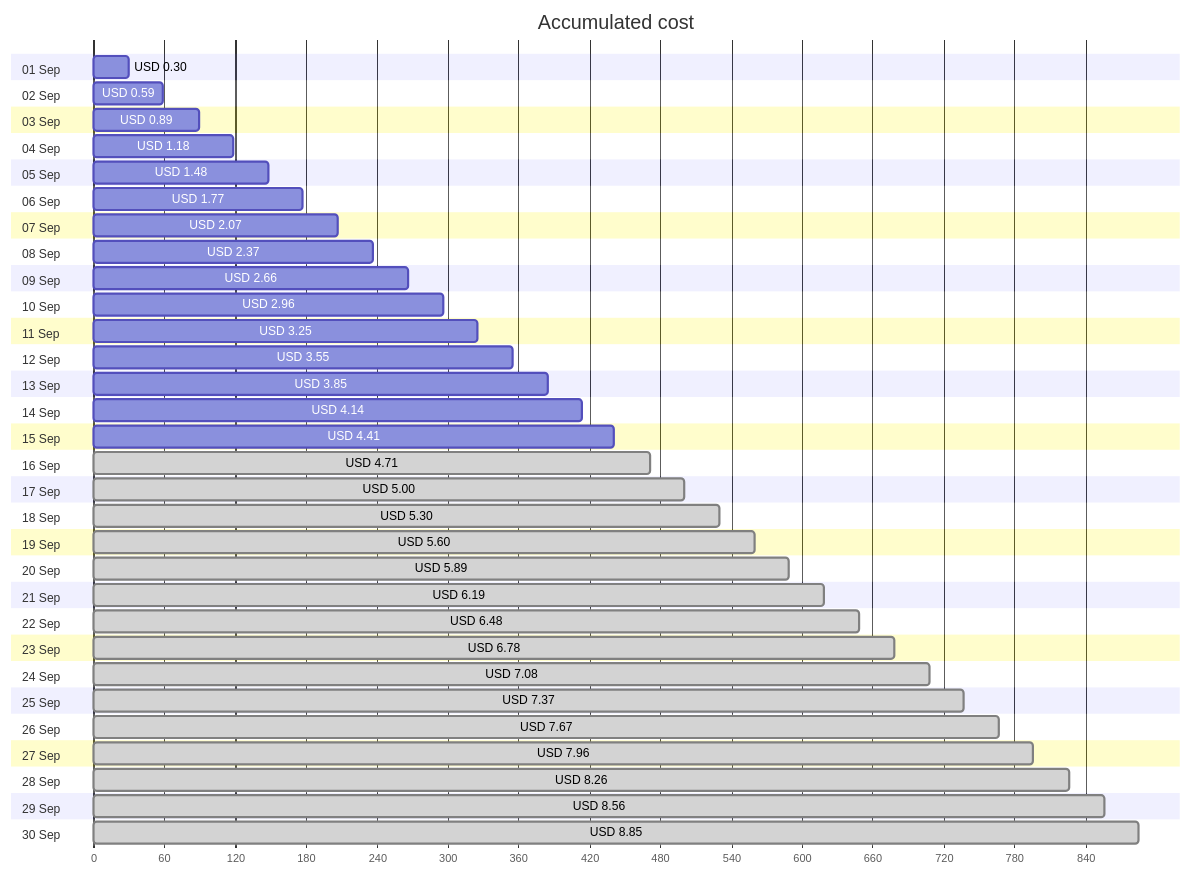
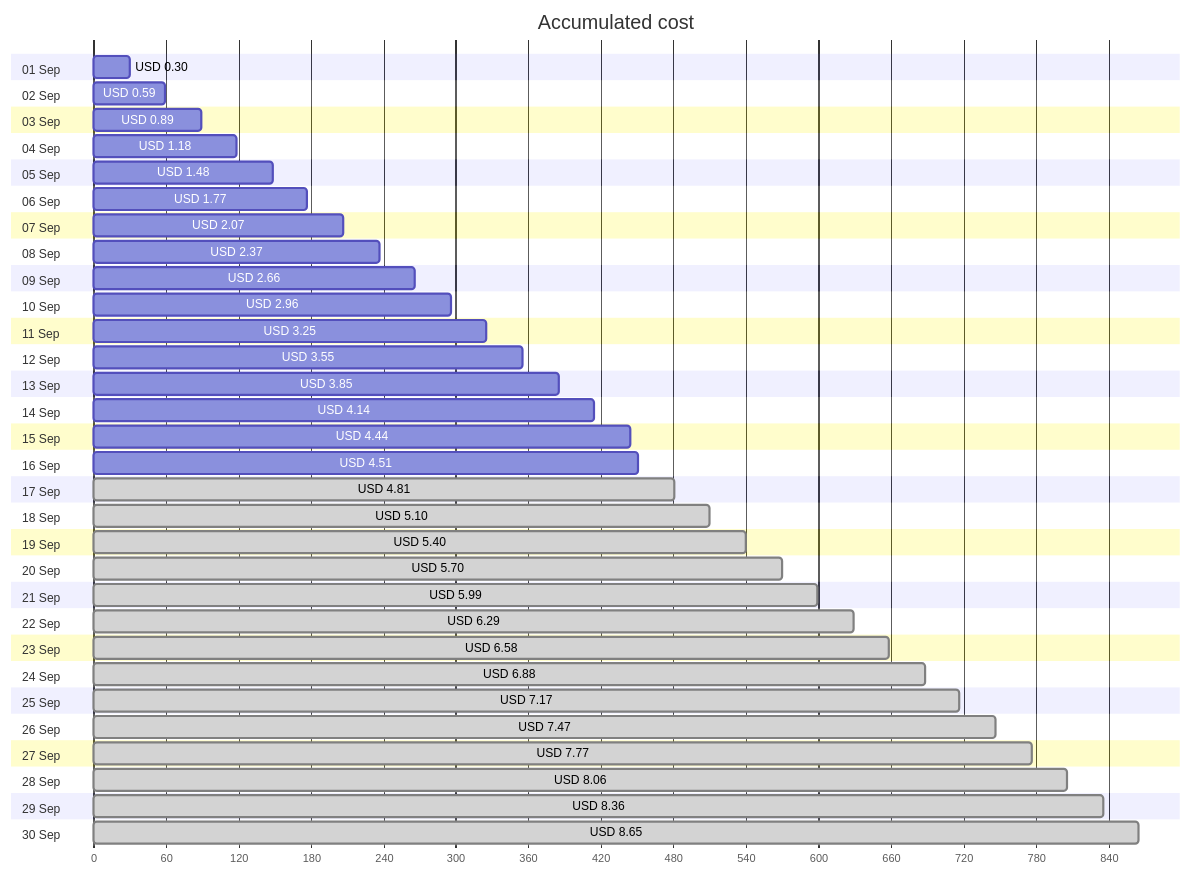
Before and after one commit to jpfulton/azure-personal-reports: the first of 4 diagrams in cost-reports/personal-site/personal-site-preview.md, drawn with Mermaid. The commit also changed other lines of this file and 6 other files, not shown here.

````diff
--- a/cost-reports/personal-site/personal-site-preview.md
+++ b/cost-reports/personal-site/personal-site-preview.md
@@ -20,66 +20,66 @@
 ```mermaid
 gantt
    title Accumulated cost
    dateFormat  X
    axisFormat %s
    section 01 Sep
    USD 0.30 :0, 30
    section 02 Sep
    USD 0.59 :0, 59
    section 03 Sep
    USD 0.89 :0, 89
    section 04 Sep
    USD 1.18 :0, 118
    section 05 Sep
    USD 1.48 :0, 148
    section 06 Sep
    USD 1.77 :0, 177
    section 07 Sep
    USD 2.07 :0, 207
    section 08 Sep
    USD 2.37 :0, 237
    section 09 Sep
    USD 2.66 :0, 266
    section 10 Sep
    USD 2.96 :0, 296
    section 11 Sep
    USD 3.25 :0, 325
    section 12 Sep
    USD 3.55 :0, 355
    section 13 Sep
    USD 3.85 :0, 385
    section 14 Sep
    USD 4.14 :0, 414
    section 15 Sep
-   USD 4.41 :0, 441
+   USD 4.44 :0, 444
    section 16 Sep
-   USD 4.71 : done, 0, 471
+   USD 4.51 :0, 451
    section 17 Sep
-   USD 5.00 : done, 0, 500
+   USD 4.81 : done, 0, 481
    section 18 Sep
-   USD 5.30 : done, 0, 530
+   USD 5.10 : done, 0, 510
    section 19 Sep
-   USD 5.60 : done, 0, 560
+   USD 5.40 : done, 0, 540
    section 20 Sep
-   USD 5.89 : done, 0, 589
+   USD 5.70 : done, 0, 570
    section 21 Sep
-   USD 6.19 : done, 0, 619
+   USD 5.99 : done, 0, 599
    section 22 Sep
-   USD 6.48 : done, 0, 648
+   USD 6.29 : done, 0, 629
    section 23 Sep
-   USD 6.78 : done, 0, 678
+   USD 6.58 : done, 0, 658
    section 24 Sep
-   USD 7.08 : done, 0, 708
+   USD 6.88 : done, 0, 688
    section 25 Sep
-   USD 7.37 : done, 0, 737
+   USD 7.17 : done, 0, 717
    section 26 Sep
-   USD 7.67 : done, 0, 767
+   USD 7.47 : done, 0, 747
    section 27 Sep
-   USD 7.96 : done, 0, 796
+   USD 7.77 : done, 0, 777
    section 28 Sep
-   USD 8.26 : done, 0, 826
+   USD 8.06 : done, 0, 806
    section 29 Sep
-   USD 8.56 : done, 0, 856
+   USD 8.36 : done, 0, 836
    section 30 Sep
-   USD 8.85 : done, 0, 885
+   USD 8.65 : done, 0, 865
 ```
````
